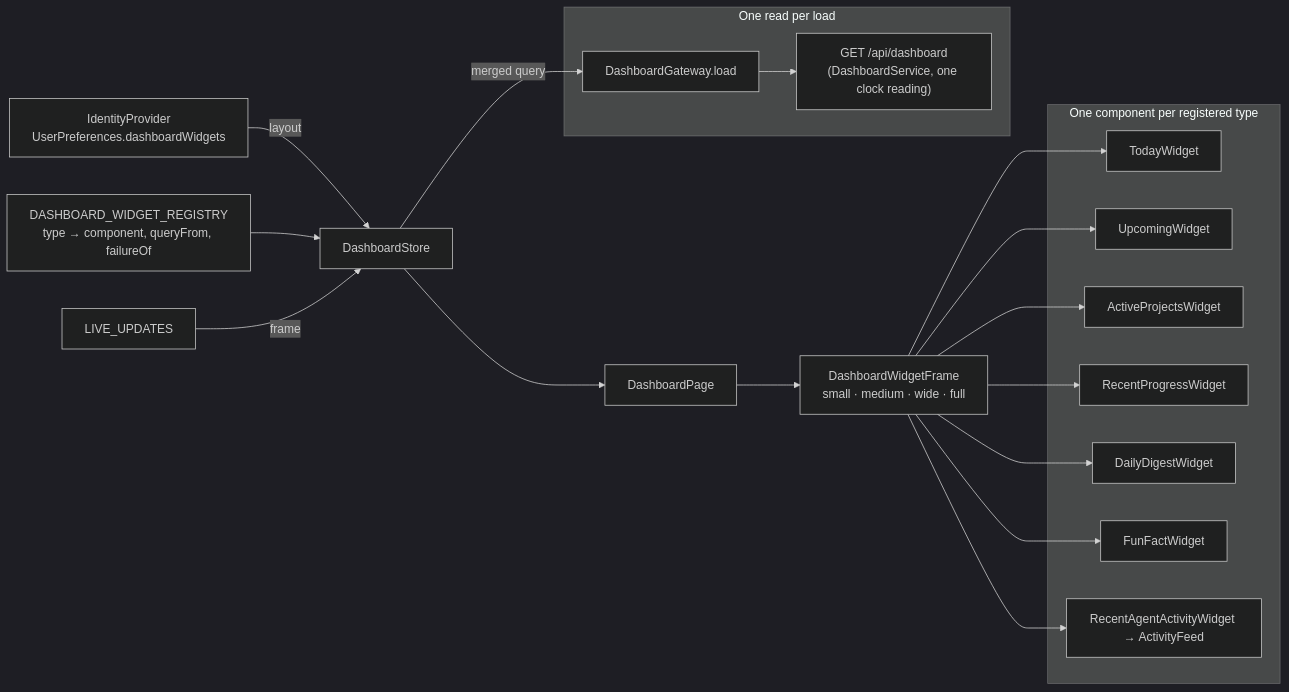
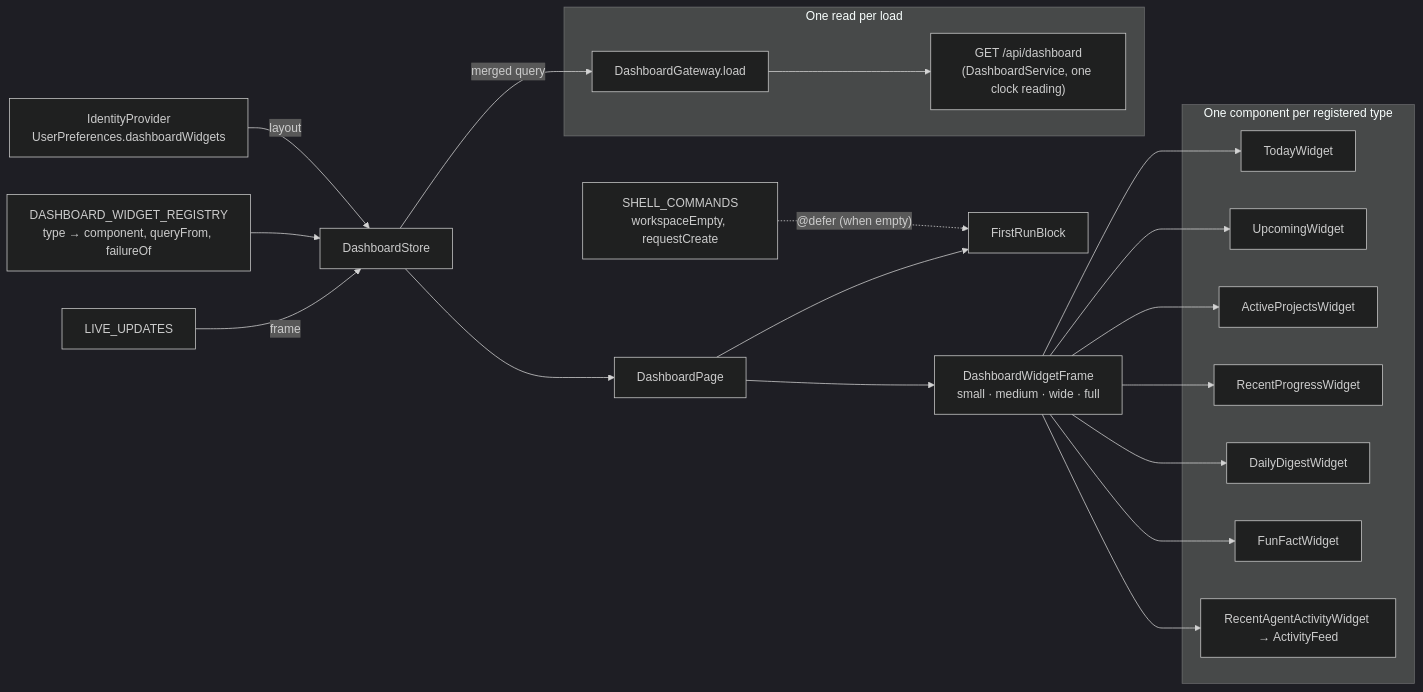
The diagram in docs/architecture/web/dashboard/what.md (CalciteDragon/Canvas-work-manager-prototype), drawn with Mermaid (dark theme) before and after one commit. The commit also changed other lines of this file and 31 other files, not shown here.

````diff
--- a/docs/architecture/web/dashboard/what.md
+++ b/docs/architecture/web/dashboard/what.md
@@ -5,28 +5,30 @@
 ```mermaid
 flowchart LR
   id["IdentityProvider<br/>UserPreferences.dashboardWidgets"] -->|layout| store["DashboardStore"]
   reg["DASHBOARD_WIDGET_REGISTRY<br/>type → component, queryFrom, failureOf"] --> store
   live["LIVE_UPDATES"] -->|frame| store
   store --> page["DashboardPage"]
+  shell["SHELL_COMMANDS<br/>workspaceEmpty, requestCreate"] -.->|"@defer (when empty)"| first["FirstRunBlock"]
+  page --> first
   page --> frame["DashboardWidgetFrame<br/>small · medium · wide · full"]
   subgraph widgets["One component per registered type"]
     w1["TodayWidget"]
     w2["UpcomingWidget"]
     w3["ActiveProjectsWidget"]
     w4["RecentProgressWidget"]
     w5["DailyDigestWidget"]
     w6["FunFactWidget"]
     w7["RecentAgentActivityWidget → ActivityFeed"]
   end
   frame --> w1
   frame --> w2
   frame --> w3
   frame --> w4
   frame --> w5
   frame --> w6
   frame --> w7
   subgraph read["One read per load"]
     gw["DashboardGateway.load"] --> host["GET /api/dashboard<br/>(DashboardService, one clock reading)"]
   end
   store -->|merged query| gw
 ```
````
